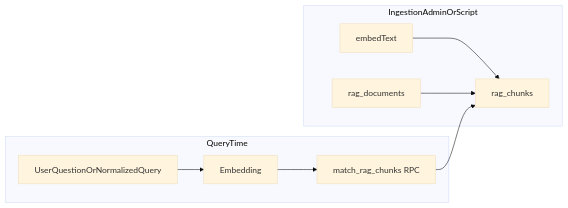
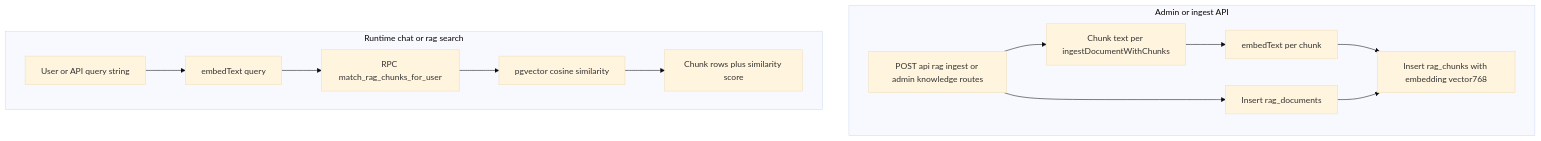
Before and after one commit to AlifDevPro/maacare: the tenth of 13 diagrams in docs/ARCHITECTURE.md, drawn with Mermaid (base theme). The commit also changed other lines of this file and 1 other file, not shown here.

First line of the commit message:
docs: expand architecture with full AI, RAG, multilingual, and voice pipelines

````diff
--- a/docs/ARCHITECTURE.md
+++ b/docs/ARCHITECTURE.md
@@ -214,18 +348,18 @@
 ```mermaid
-flowchart LR
-  subgraph ingest [IngestionAdminOrScript]
-    doc[rag_documents]
-    chunk[rag_chunks]
-    emb[embedText]
+flowchart TB
+  subgraph adminWrite [Admin or ingest API]
+    adm[POST api rag ingest or admin knowledge routes]
+    adm --> docRow[Insert rag_documents]
+    adm --> split[Chunk text per ingestDocumentWithChunks]
+    split --> embW[embedText per chunk]
+    embW --> insC[Insert rag_chunks with embedding vector768]
   end
-  subgraph query [QueryTime]
-    q[UserQuestionOrNormalizedQuery]
-    vec[Embedding]
-    rpc[match_rag_chunks RPC]
+  subgraph runtimeRead [Runtime chat or rag search]
+    q[User or API query string]
+    q --> embR[embedText query]
+    embR --> rpc[RPC match_rag_chunks_for_user]
+    rpc --> vec[pgvector cosine similarity]
+    vec --> hits[Chunk rows plus similarity score]
   end
-  emb --> chunk
-  doc --> chunk
-  q --> vec
-  vec --> rpc
-  rpc --> chunk
+  docRow --> insC
 ```
````
